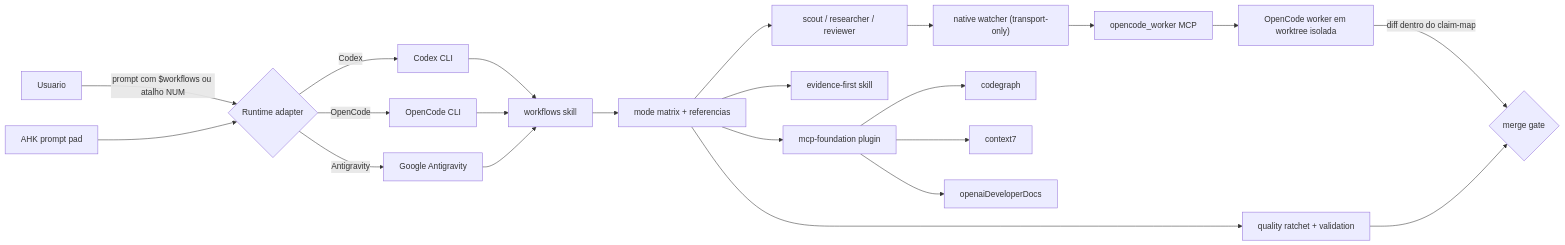
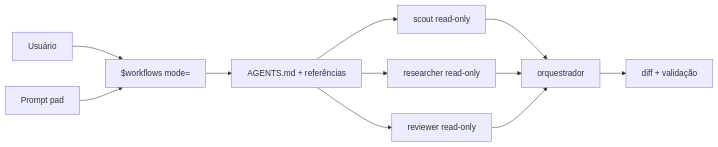
The diagram in README.md (CheekyCodexConjurer/codex-workflows-kit), drawn with Mermaid before and after one commit. The commit also changed other lines of this file and 38 other files, not shown here.

First line of the commit message:
refactor(workflows): make native read-only routing canonical

````diff
--- a/README.md
+++ b/README.md
@@ -140,24 +95,13 @@
-```mermaid
+~~~mermaid
 flowchart LR
-    USER["Usuario"] -->|"prompt com $workflows ou atalho NUM"| RUNTIME{"Runtime adapter"}
-    AHK["AHK prompt pad"] --> RUNTIME
-    RUNTIME -->|Codex| CODEX["Codex CLI"]
-    RUNTIME -->|OpenCode| OPC["OpenCode CLI"]
-    RUNTIME -->|Antigravity| ANT["Google Antigravity"]
-    CODEX --> SKILL["workflows skill"]
-    OPC --> SKILL
-    ANT --> SKILL
-    SKILL --> MM["mode matrix + referencias"]
-    MM --> SUB["scout / researcher / reviewer"]
-    SUB --> WATCH["native watcher (transport-only)"]
-    WATCH --> MCPWORKER["opencode_worker MCP"]
-    MCPWORKER --> WORKER["OpenCode worker em worktree isolada"]
-    MM --> EF["evidence-first skill"]
-    MM --> RATCHET["quality ratchet + validation"]
-    MM --> MCP["mcp-foundation plugin"]
-    MCP --> CG["codegraph"]
-    MCP --> C7["context7"]
-    MCP --> OD["openaiDeveloperDocs"]
-    WORKER -->|"diff dentro do claim-map"| GATE{"merge gate"}
-    RATCHET --> GATE
-```
+    USER["Usuário"] --> WF["$workflows mode=<MODE>"]
+    PAD["Prompt pad"] --> WF
+    WF --> RULES["AGENTS.md + referências"]
+    RULES --> SCOUT["scout read-only"]
+    RULES --> RESEARCH["researcher read-only"]
+    RULES --> REVIEW["reviewer read-only"]
+    SCOUT --> PARENT["orquestrador"]
+    RESEARCH --> PARENT
+    REVIEW --> PARENT
+    PARENT --> GATE["diff + validação"]
+~~~
````
